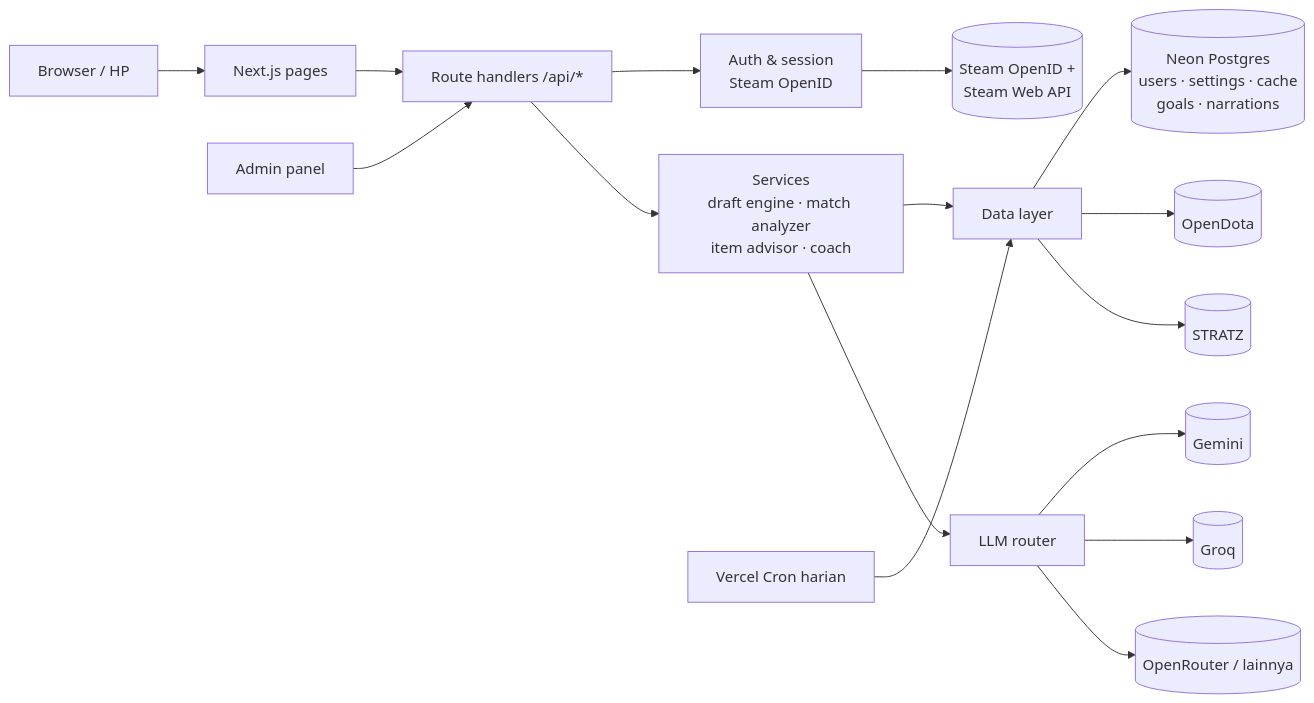
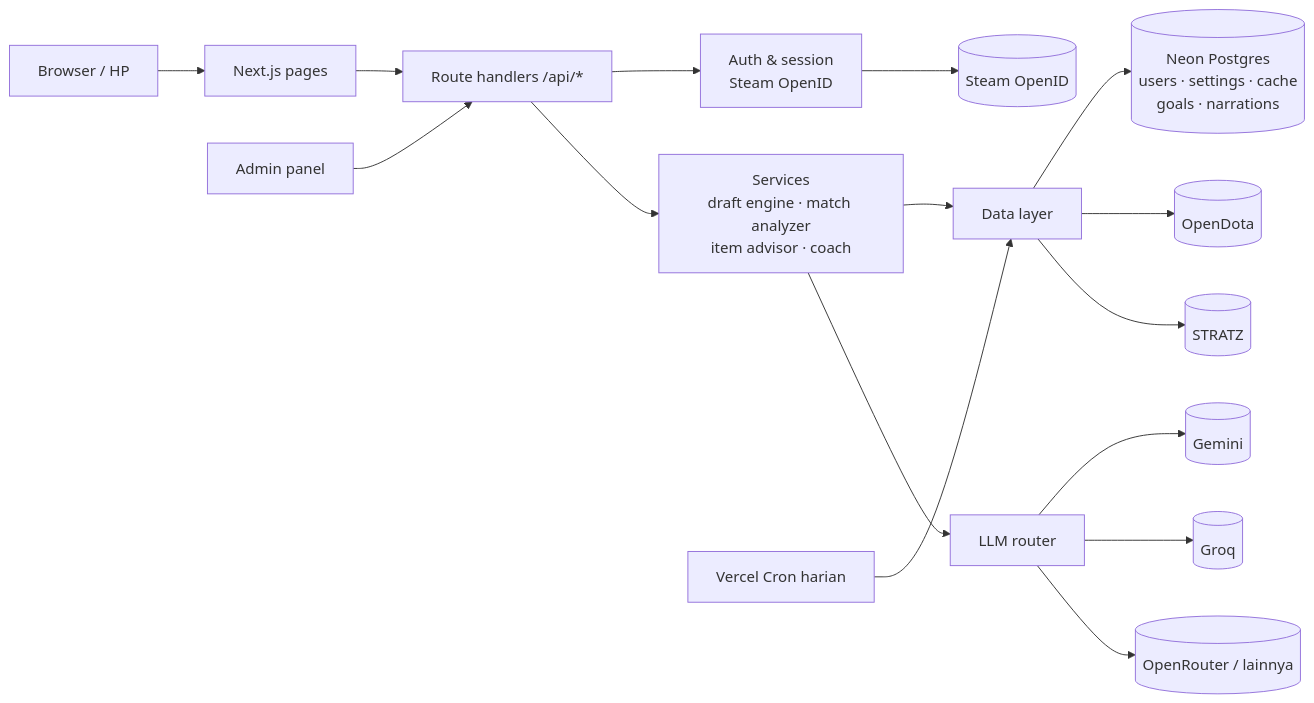
The diagram in docs/DEVELOPMENT_PLAN.md (fazarashif/pepak-doto), drawn with Mermaid before and after one commit. The commit also changed other lines of this file and 1 other file, not shown here.

````diff
--- a/docs/DEVELOPMENT_PLAN.md
+++ b/docs/DEVELOPMENT_PLAN.md
@@ -54,15 +97,15 @@
 ```mermaid
 flowchart LR
   U[Browser / HP] --> P[Next.js pages]
   P --> R[Route handlers /api/*]
   R --> A[Auth & session<br/>Steam OpenID]
   R --> S[Services<br/>draft engine · match analyzer<br/>item advisor · coach]
   S --> D[Data layer]
   D --> DB[(Neon Postgres<br/>users · settings · cache<br/>goals · narrations)]
   D --> OD[(OpenDota)]
   D --> ST[(STRATZ)]
-  A --> SW[(Steam OpenID +<br/>Steam Web API)]
+  A --> SW[(Steam OpenID)]
   S --> LR[LLM router] --> L1[(Gemini)] & L2[(Groq)] & L3[(OpenRouter / lainnya)]
   CR[Vercel Cron harian] --> D
   AD[Admin panel] --> R
 ```
````
